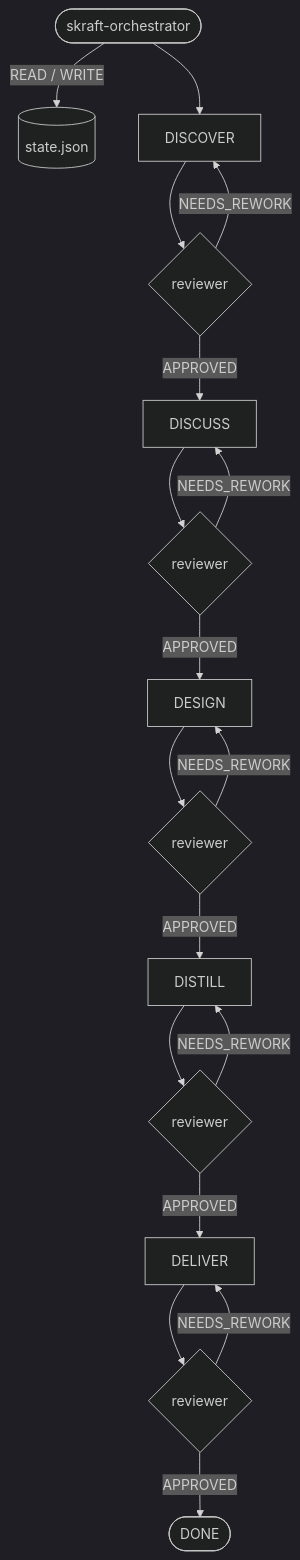
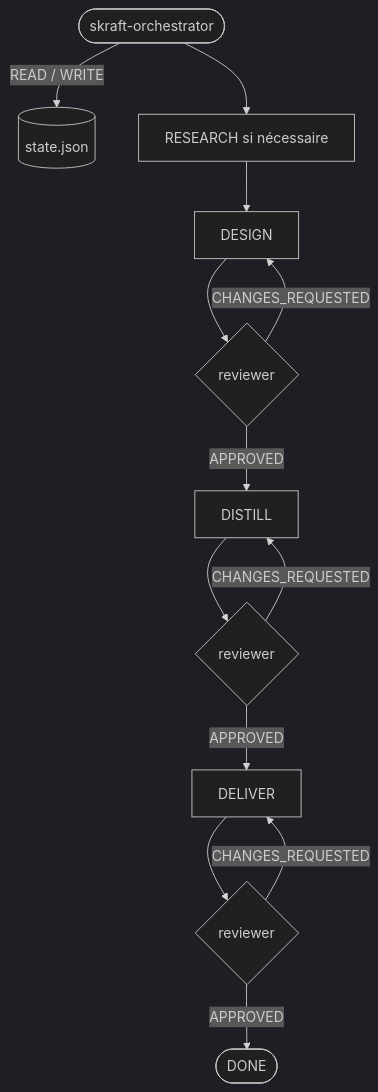
Before and after one commit to SebastienDegodez/skraft-plugin: the diagram in docs/site/fr/explanation/hve-core.md, drawn with Mermaid (dark theme). The commit also changed other lines of this file and 3 other files, not shown here.

````diff
--- a/docs/site/fr/explanation/hve-core.md
+++ b/docs/site/fr/explanation/hve-core.md
@@ -76,20 +71,15 @@
 ```mermaid
 flowchart TD
     O([skraft-orchestrator]) -->|READ / WRITE| S[(state.json)]
-    O --> D1[DISCOVER]
-    D1 --> R1{reviewer}
-    R1 -->|APPROVED| D2[DISCUSS]
-    R1 -->|NEEDS_REWORK| D1
-    D2 --> R2{reviewer}
-    R2 -->|APPROVED| D3[DESIGN]
-    R2 -->|NEEDS_REWORK| D2
+    O --> D1[RESEARCH si nécessaire]
+    D1 --> D3[DESIGN]
     D3 --> R3{reviewer}
     R3 -->|APPROVED| D4[DISTILL]
-    R3 -->|NEEDS_REWORK| D3
+    R3 -->|CHANGES_REQUESTED| D3
     D4 --> R4{reviewer}
     R4 -->|APPROVED| D5[DELIVER]
-    R4 -->|NEEDS_REWORK| D4
+    R4 -->|CHANGES_REQUESTED| D4
     D5 --> R5{reviewer}
     R5 -->|APPROVED| DONE([DONE])
-    R5 -->|NEEDS_REWORK| D5
+    R5 -->|CHANGES_REQUESTED| D5
 ```
````
